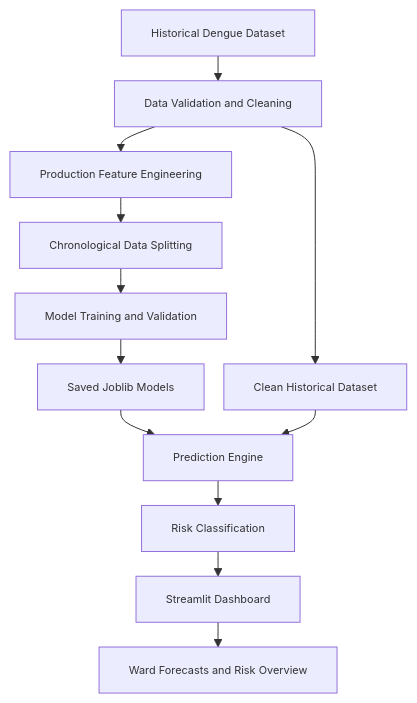
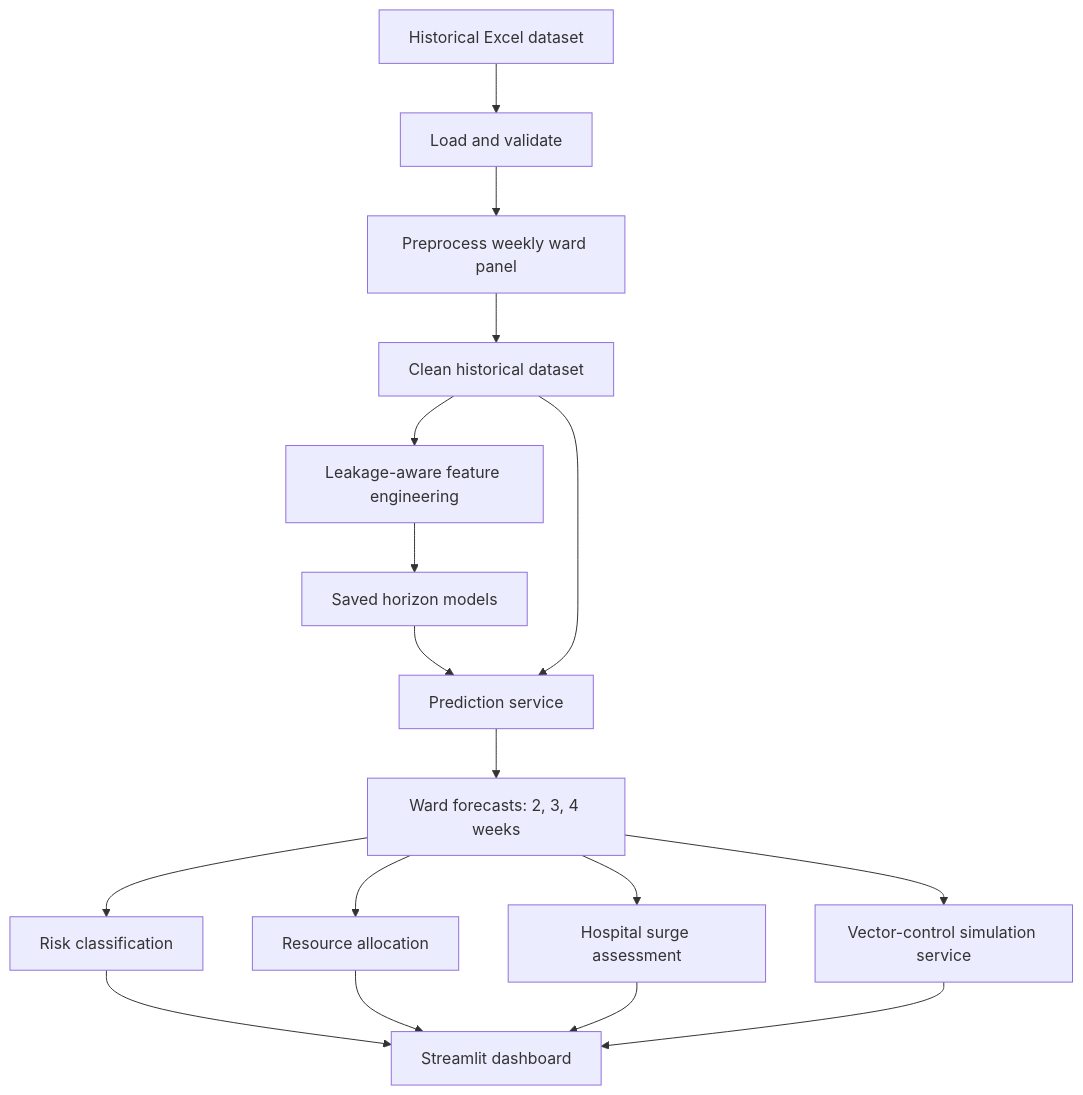
Before and after one commit to sifata68-bit/DengueGuard-AI: the diagram in ARCHITECTURE.md, drawn with Mermaid. The commit also changed other lines of this file, not shown here.

Commit message:
docs: rewrite architecture for current Phase 2 implementation

````diff
--- a/ARCHITECTURE.md
+++ b/ARCHITECTURE.md
@@ -23,15 +21,19 @@
 ```mermaid
-%%{init: {"themeVariables": {"fontSize": "11px"}, "flowchart": {"nodeSpacing": 20, "rankSpacing": 25, "diagramPadding": 4}}}%%
 flowchart TD
-    A["Historical Dengue Dataset"] --> B["Data Validation and Cleaning"]
-    B --> C["Production Feature Engineering"]
-    C --> D["Chronological Data Splitting"]
-    D --> E["Model Training and Validation"]
-    E --> F["Saved Joblib Models"]
-    B --> G["Clean Historical Dataset"]
-    F --> H["Prediction Engine"]
-    G --> H
-    H --> I["Risk Classification"]
-    I --> J["Streamlit Dashboard"]
-    J --> K["Ward Forecasts and Risk Overview"]
+    A[Historical Excel dataset] --> B[Load and validate]
+    B --> C[Preprocess weekly ward panel]
+    C --> D[Clean historical dataset]
+    D --> E[Leakage-aware feature engineering]
+    E --> F[Saved horizon models]
+    F --> G[Prediction service]
+    D --> G
+    G --> H[Ward forecasts: 2, 3, 4 weeks]
+    H --> I[Risk classification]
+    I --> J[Streamlit dashboard]
+    H --> K[Resource allocation]
+    H --> L[Hospital surge assessment]
+    H --> M[Vector-control simulation service]
+    K --> J
+    L --> J
+    M --> J
 ```
````
